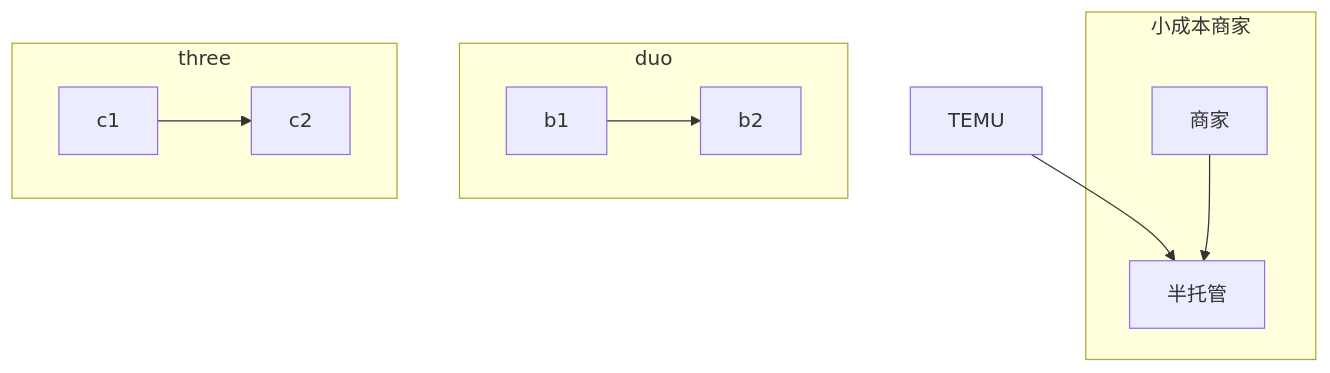
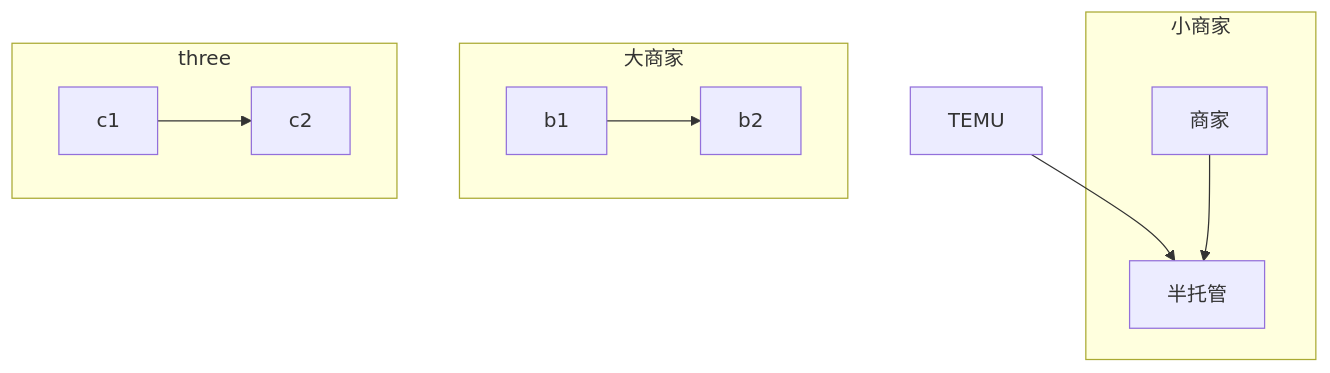
Before and after one commit to Zora0203/iodraw-files: the diagram in all/TEMU链路图.md, drawn with Mermaid.

Commit message:
2024-12-06 16:26:39 update

````diff
--- a/all/TEMU链路图.md
+++ b/all/TEMU链路图.md
@@ -1,15 +1,15 @@
 ```mermaid
 
 
 flowchart TB
     TEMU-->半托管
-    subgraph 小成本商家
+    subgraph 小商家
     商家-->半托管
     end
-    subgraph duo
+    subgraph 大商家
     b1-->b2
     end
     subgraph three
     c1-->c2
     end
 ```
````
